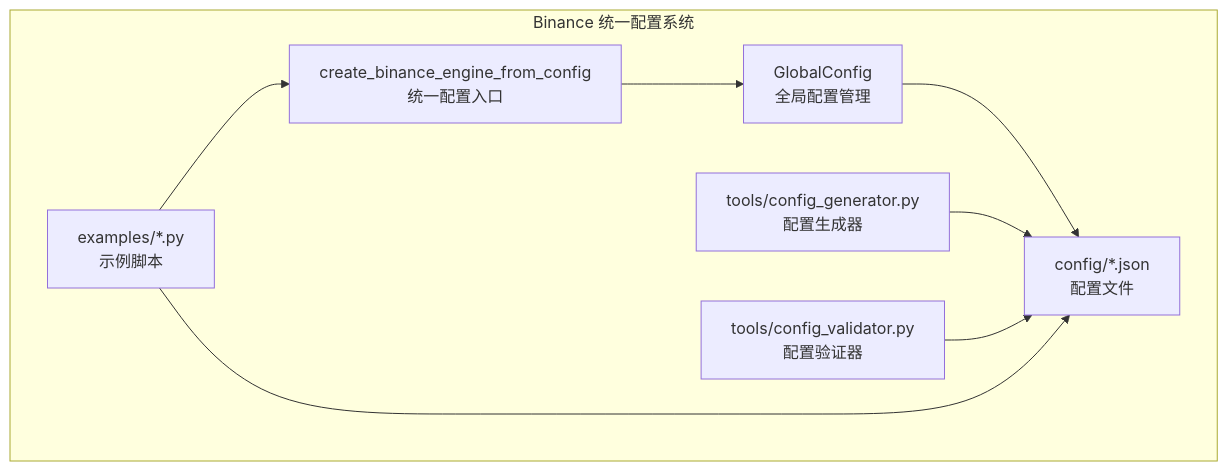
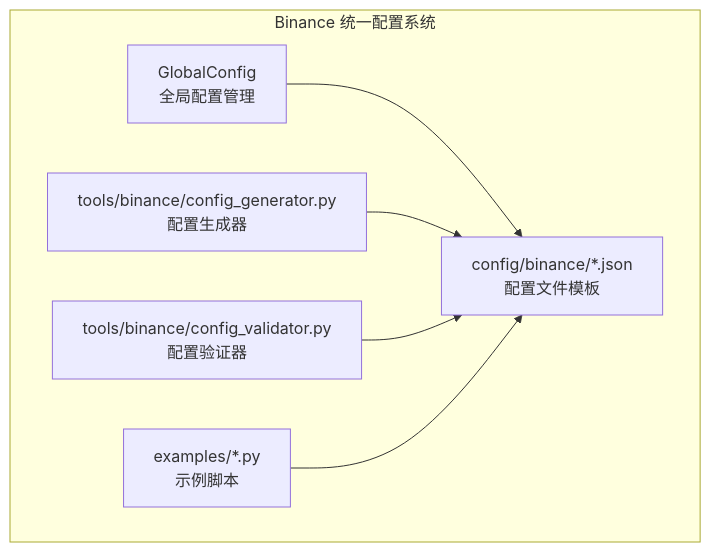
The first of 4 diagrams in .qoder/repowiki/zh/content/实盘交易模块/Binance交易所集成/配置管理系统.md (bench-prog/backtrader), drawn with Mermaid before and after one commit. The commit also changed other lines of this file and 40 other files, not shown here.

````diff
--- a/.qoder/repowiki/zh/content/实盘交易模块/Binance交易所集成/配置管理系统.md
+++ b/.qoder/repowiki/zh/content/实盘交易模块/Binance交易所集成/配置管理系统.md
@@ -46,17 +48,14 @@
 ```mermaid
 graph TB
 subgraph "Binance 统一配置系统"
-CE["create_binance_engine_from_config<br/>统一配置入口"]
 GC["GlobalConfig<br/>全局配置管理"]
-CFG["config/*.json<br/>配置文件"]
-GEN["tools/config_generator.py<br/>配置生成器"]
-VAL["tools/config_validator.py<br/>配置验证器"]
+CFG["config/binance/*.json<br/>配置文件模板"]
+GEN["tools/binance/config_generator.py<br/>配置生成器"]
+VAL["tools/binance/config_validator.py<br/>配置验证器"]
 EX["examples/*.py<br/>示例脚本"]
 end
-CE --> GC
 GC --> CFG
 GEN --> CFG
 VAL --> CFG
-EX --> CE
 EX --> CFG
 ```
````
